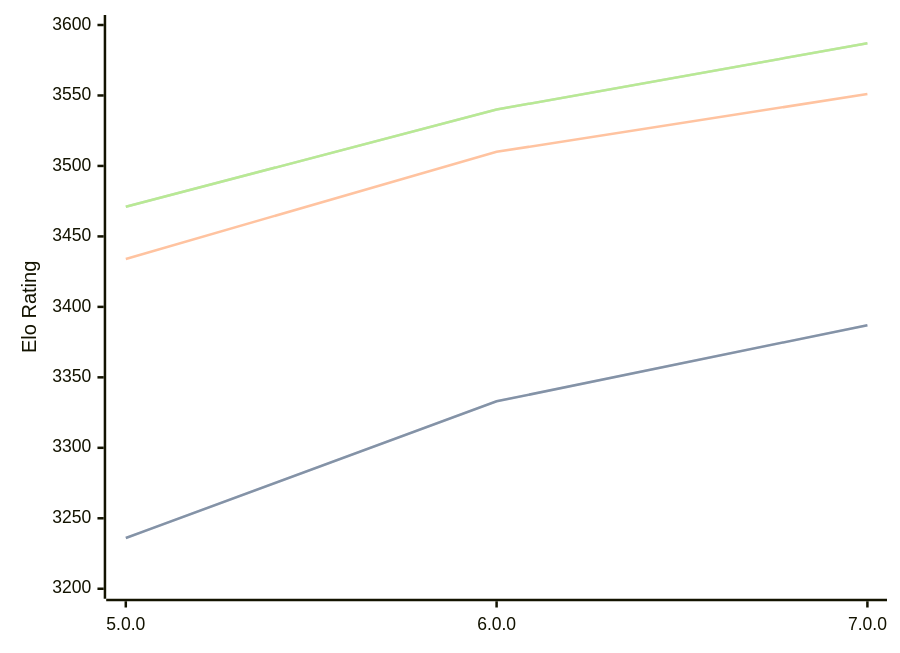
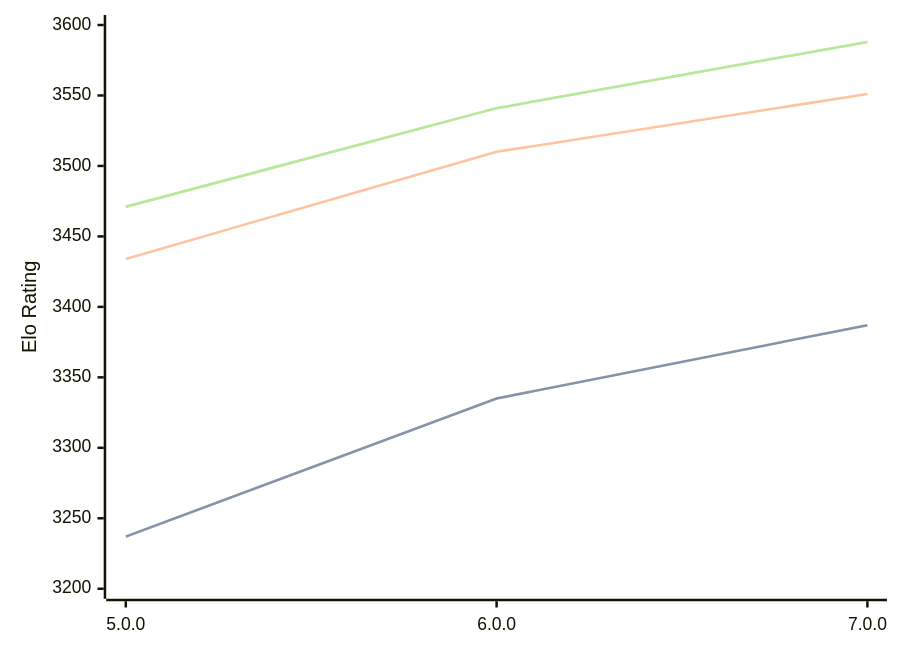
The diagram in engines/Stormphrax.md (computer-chess-index/cci), drawn with Mermaid before and after one commit. The commit also changed other lines of this file, not shown here.

Commit message:
Update CCI Ratings (ELO VLTC) - 2026-04-24

````diff
--- a/engines/Stormphrax.md
+++ b/engines/Stormphrax.md
@@ -38,11 +38,11 @@
 ```mermaid
 %%{init: {"theme":"base","themeVariables":{"seriesColors:['#a3a3a3','#222221','#faa371']}}}%%
 xychart-beta
   x-axis ["5.0.0", "6.0.0", "7.0.0"]
   y-axis "Elo Rating" 3200 --> 3600
-  line "STC (8.0+0.08s)" [3236, 3333, 3387]
-  line "STC (8.0+0.08s)" [3236, 3333, 3387]
+  line "STC (8.0+0.08s)" [3237, 3335, 3387]
+  line "STC (8.0+0.08s)" [3237, 3335, 3387]
   line "LTC (60.0+0.60s)" [3434, 3510, 3551]
-  line "VLTC (2m24s+1.12s)" [3471, 3540, 3587]
-  line "VLTC (2m24s+1.12s)" [3471, 3540, 3587]
+  line "VLTC (2m24s+1.12s)" [3471, 3541, 3588]
+  line "VLTC (2m24s+1.12s)" [3471, 3541, 3588]
 ```
````
